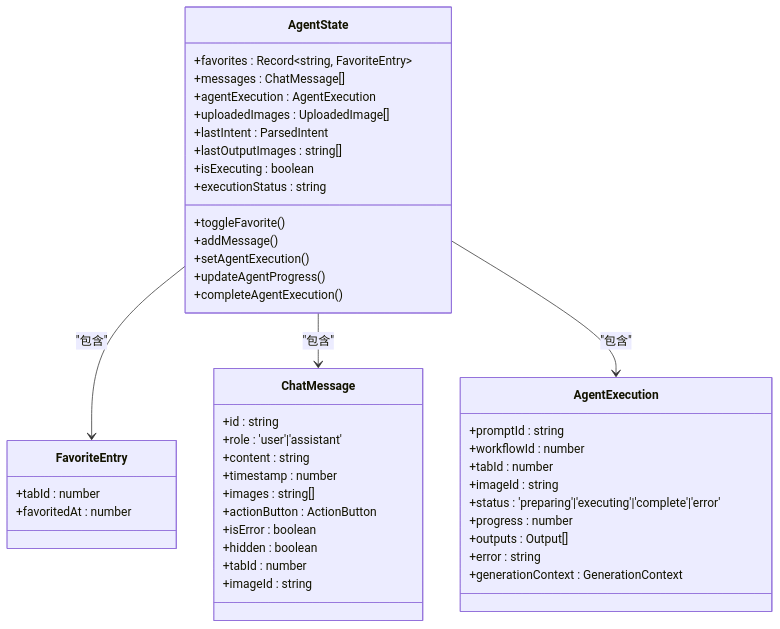
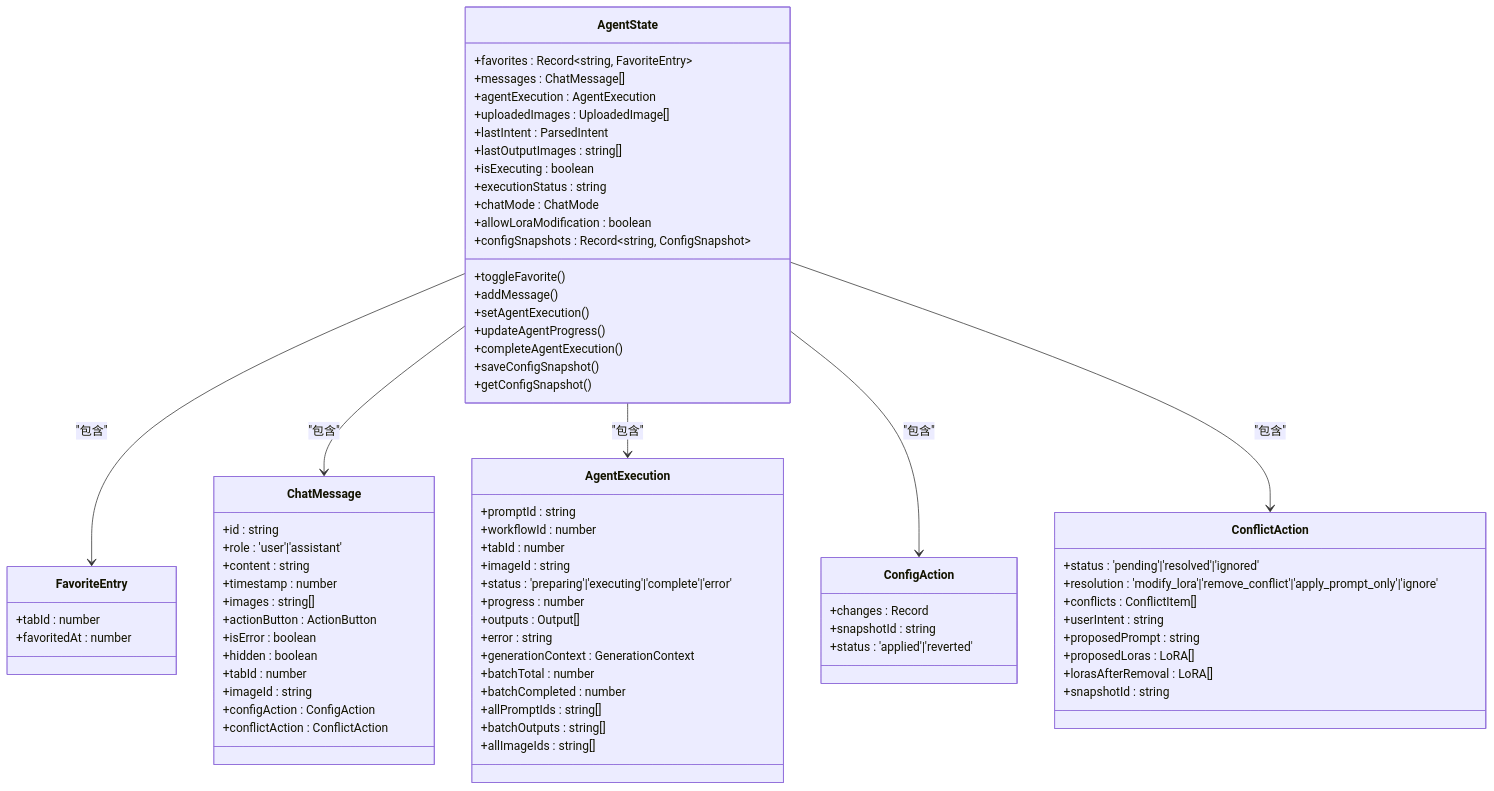
Before and after one commit to billye220670/CorineKit_Pix2Real: the ninth of 23 diagrams in .qoder/repowiki/zh/content/前端应用/AI智能代理系统/AI智能代理系统.md, drawn with Mermaid. The commit also changed other lines of this file and 11 other files, not shown here.

````diff
--- a/.qoder/repowiki/zh/content/前端应用/AI智能代理系统/AI智能代理系统.md
+++ b/.qoder/repowiki/zh/content/前端应用/AI智能代理系统/AI智能代理系统.md
@@ -418,48 +483,77 @@
 ```mermaid
 classDiagram
 class AgentState {
 +favorites : Record~string, FavoriteEntry~
 +messages : ChatMessage[]
 +agentExecution : AgentExecution
 +uploadedImages : UploadedImage[]
 +lastIntent : ParsedIntent
 +lastOutputImages : string[]
 +isExecuting : boolean
 +executionStatus : string
++chatMode : ChatMode
++allowLoraModification : boolean
++configSnapshots : Record~string, ConfigSnapshot~
 +toggleFavorite()
 +addMessage()
 +setAgentExecution()
 +updateAgentProgress()
 +completeAgentExecution()
++saveConfigSnapshot()
++getConfigSnapshot()
 }
 class FavoriteEntry {
 +tabId : number
 +favoritedAt : number
 }
 class ChatMessage {
 +id : string
 +role : 'user'|'assistant'
 +content : string
 +timestamp : number
 +images : string[]
 +actionButton : ActionButton
 +isError : boolean
 +hidden : boolean
 +tabId : number
 +imageId : string
++configAction : ConfigAction
++conflictAction : ConflictAction
+}
+class ConfigAction {
++changes : Record
++snapshotId : string
++status : 'applied'|'reverted'
+}
+class ConflictAction {
++status : 'pending'|'resolved'|'ignored'
++resolution : 'modify_lora'|'remove_conflict'|'apply_prompt_only'|'ignore'
++conflicts : ConflictItem[]
++userIntent : string
++proposedPrompt : string
++proposedLoras : LoRA[]
++lorasAfterRemoval : LoRA[]
++snapshotId : string
 }
 class AgentExecution {
 +promptId : string
 +workflowId : number
 +tabId : number
 +imageId : string
 +status : 'preparing'|'executing'|'complete'|'error'
 +progress : number
 +outputs : Output[]
 +error : string
 +generationContext : GenerationContext
++batchTotal : number
++batchCompleted : number
++allPromptIds : string[]
++batchOutputs : string[]
++allImageIds : string[]
 }
 AgentState --> FavoriteEntry : "包含"
 AgentState --> ChatMessage : "包含"
 AgentState --> AgentExecution : "包含"
+AgentState --> ConfigAction : "包含"
+AgentState --> ConflictAction : "包含"
 ```
````
